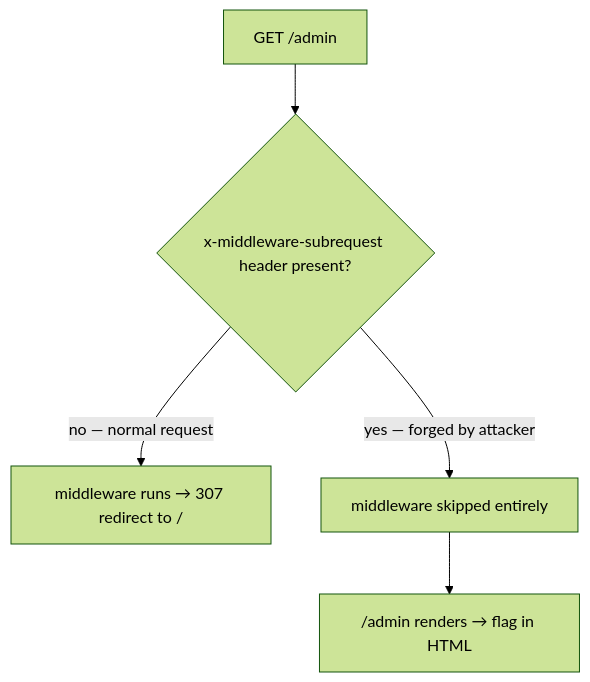
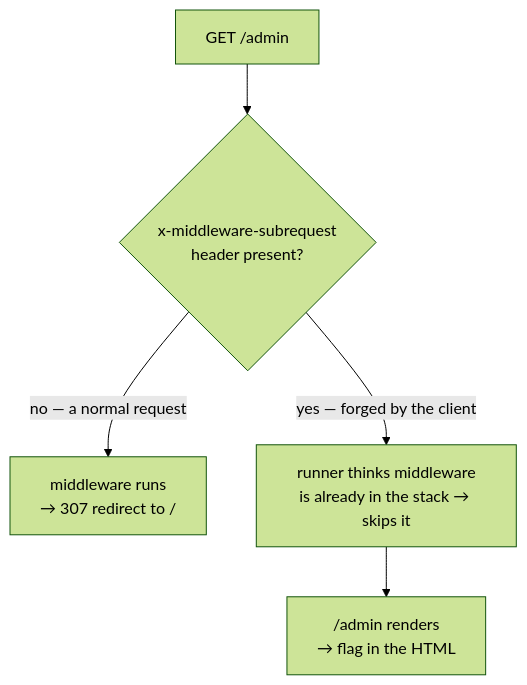
The diagram in _posts/2026-06-23-hacknyx-ctf-2026-middle-management.md (Jerit3787/ctf), drawn with Mermaid (forest theme) before and after one commit. The commit also changed other lines of this file and 9 other files, not shown here.

````diff
--- a/_posts/2026-06-23-hacknyx-ctf-2026-middle-management.md
+++ b/_posts/2026-06-23-hacknyx-ctf-2026-middle-management.md
@@ -40,7 +73,7 @@
 ```mermaid
 flowchart TD
-    A["GET /admin"] --> M{"x-middleware-subrequest header present?"}
-    M -->|no — normal request| R["middleware runs → 307 redirect to /"]
-    M -->|yes — forged by attacker| S["middleware skipped entirely"]
-    S --> P["/admin renders → flag in HTML"]
+    A["GET /admin"] --> M{"x-middleware-subrequest<br/>header present?"}
+    M -->|"no — a normal request"| R["middleware runs<br/>→ 307 redirect to /"]
+    M -->|"yes — forged by the client"| S["runner thinks middleware<br/>is already in the stack → skips it"]
+    S --> P["/admin renders<br/>→ flag in the HTML"]
 ```
````
